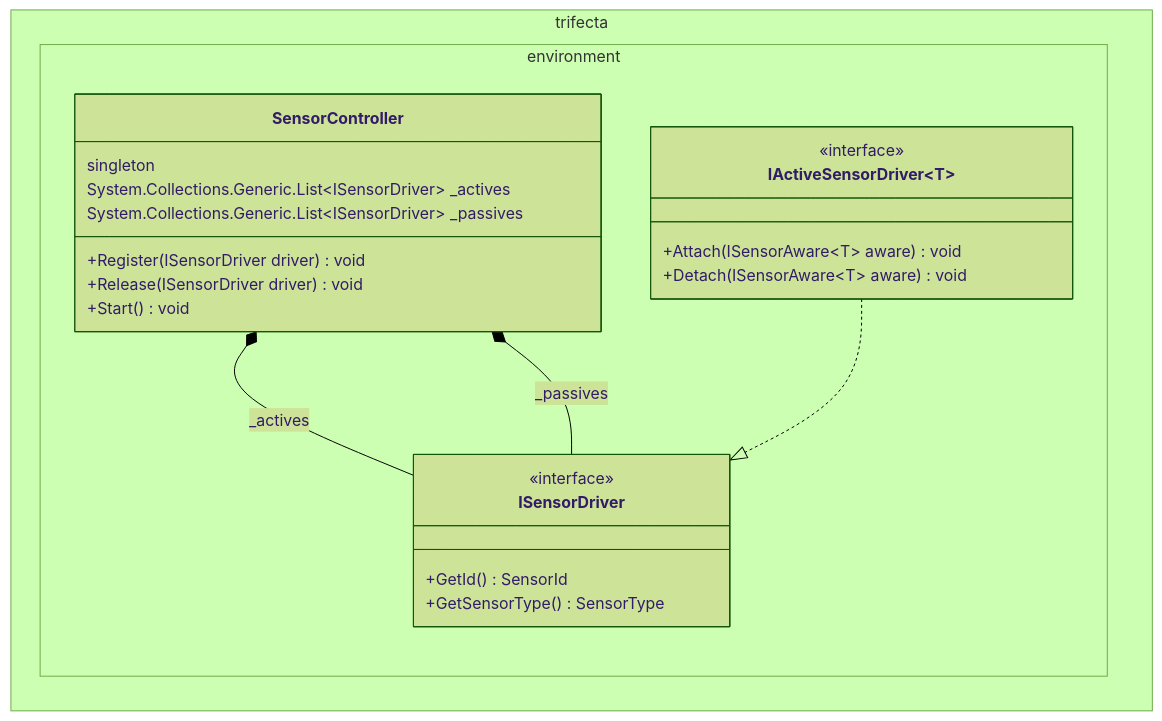
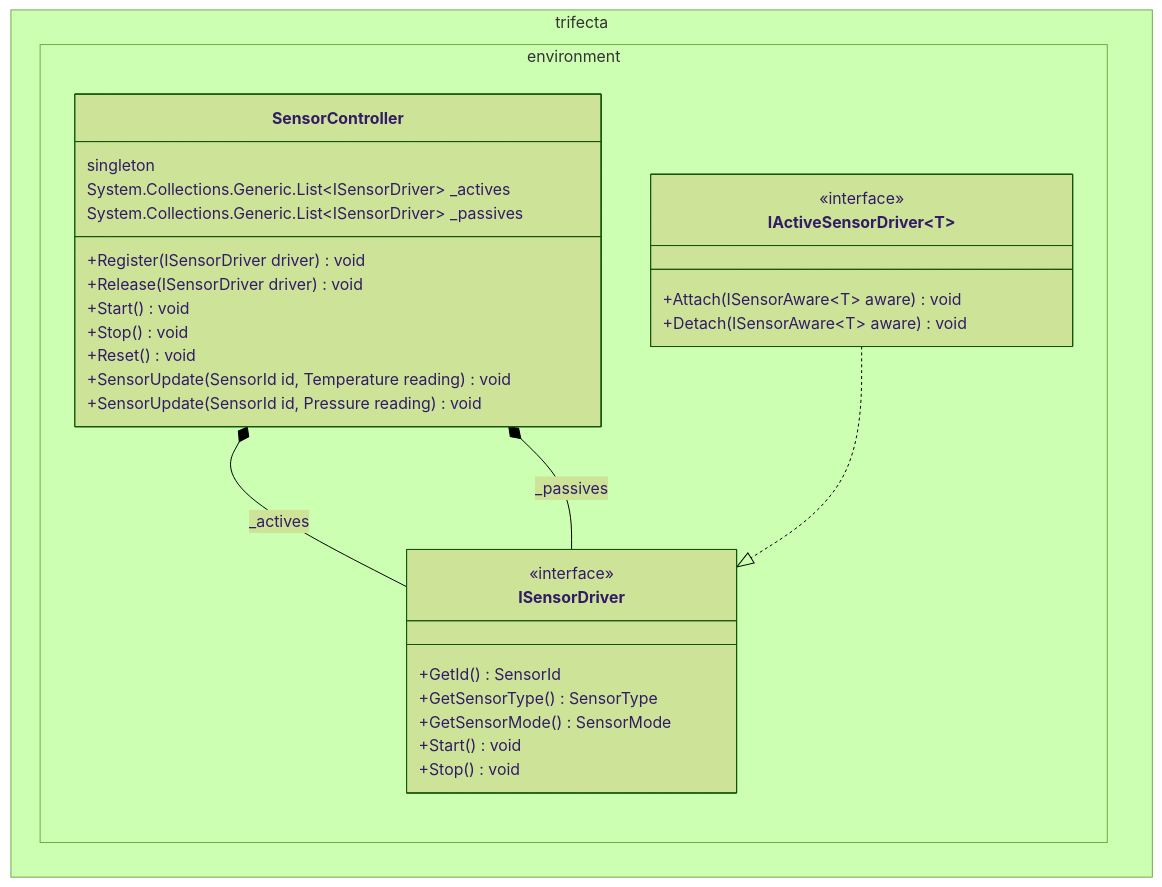
The diagram in doc/architecture/figures/sensor-control.md (byron-hawkins/trifecta), drawn with Mermaid (forest theme) before and after one commit. The commit also changed 26 other files, not shown here.

Commit message:
Regenerate architecture outlines from C# source after fixing an issues on the reverse SMD compiler

````diff
--- a/doc/architecture/figures/sensor-control.md
+++ b/doc/architecture/figures/sensor-control.md
@@ -3,26 +3,33 @@
 ```mermaid
 classDiagram
 namespace trifecta.environment {
   class SensorController {
     singleton
     System.Collections.Generic.List~ISensorDriver~ _actives
     System.Collections.Generic.List~ISensorDriver~ _passives
     +Register(ISensorDriver driver) void
     +Release(ISensorDriver driver) void
     +Start() void
+    +Stop() void
+    +Reset() void
+    +SensorUpdate(SensorId id, Temperature reading) void
+    +SensorUpdate(SensorId id, Pressure reading) void
   }
   class ISensorDriver {
     <<interface>>
     +GetId() SensorId
     +GetSensorType() SensorType
+    +GetSensorMode() SensorMode
+    +Start() void
+    +Stop() void
   }
   class IActiveSensorDriver~T~ {
     <<interface>>
     +Attach(ISensorAware~T~ aware) void
     +Detach(ISensorAware~T~ aware) void
   }
 }
 SensorController *-- ISensorDriver : _actives
 SensorController *-- ISensorDriver : _passives
 IActiveSensorDriver~T~ ..|> ISensorDriver
 ```
````
